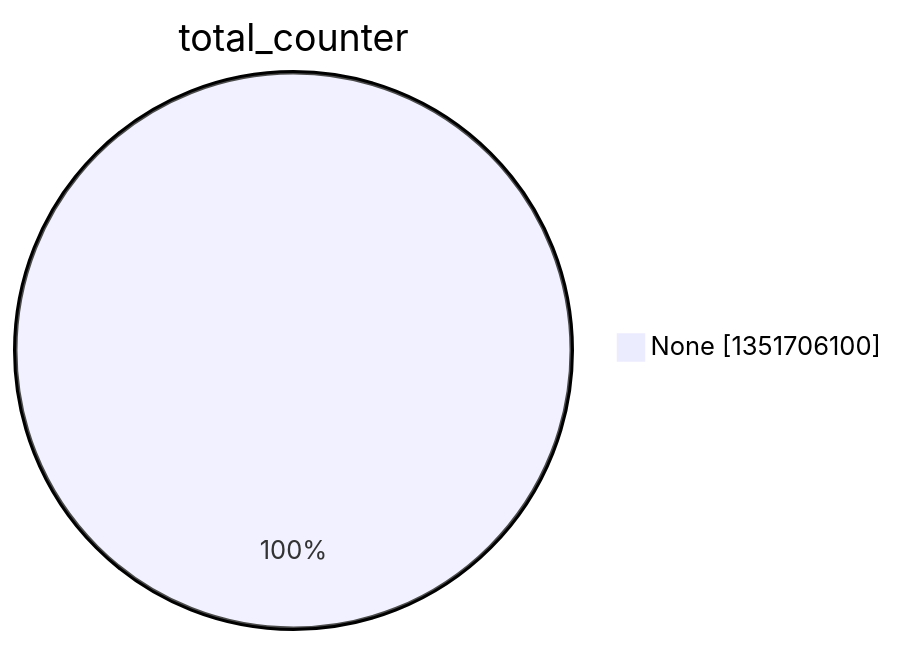
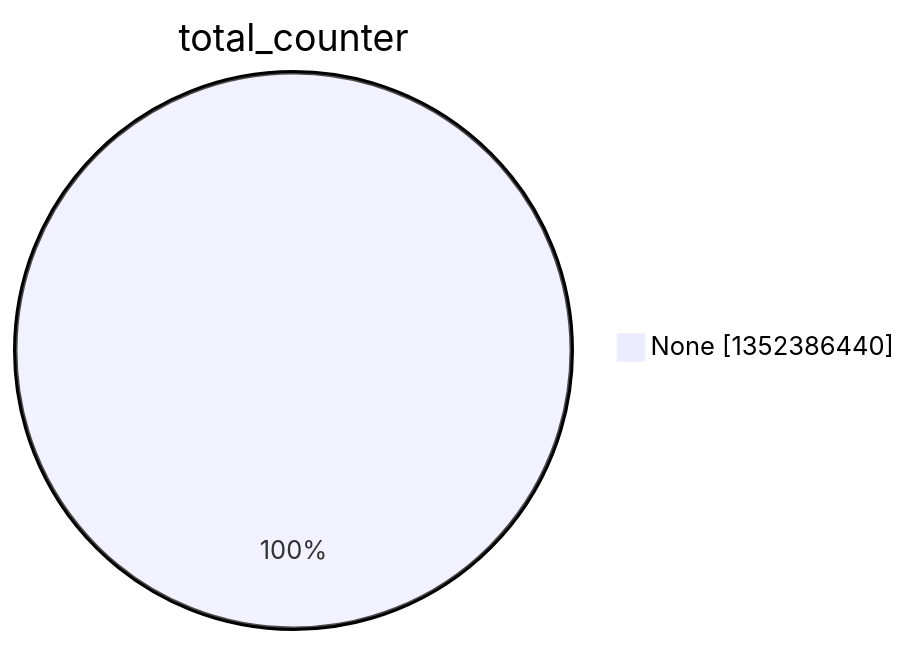
The second of 15 diagrams in argon2022/README.md (christiankrug/ctmonitor_visualization), drawn with Mermaid before and after one commit. The commit also changed other lines of this file, not shown here.

````diff
--- a/argon2022/README.md
+++ b/argon2022/README.md
@@ -9,5 +9,5 @@
 ```mermaid
 pie showData
 title total_counter
-"None" :1351706100
+"None" :1352386440
 ```
````
